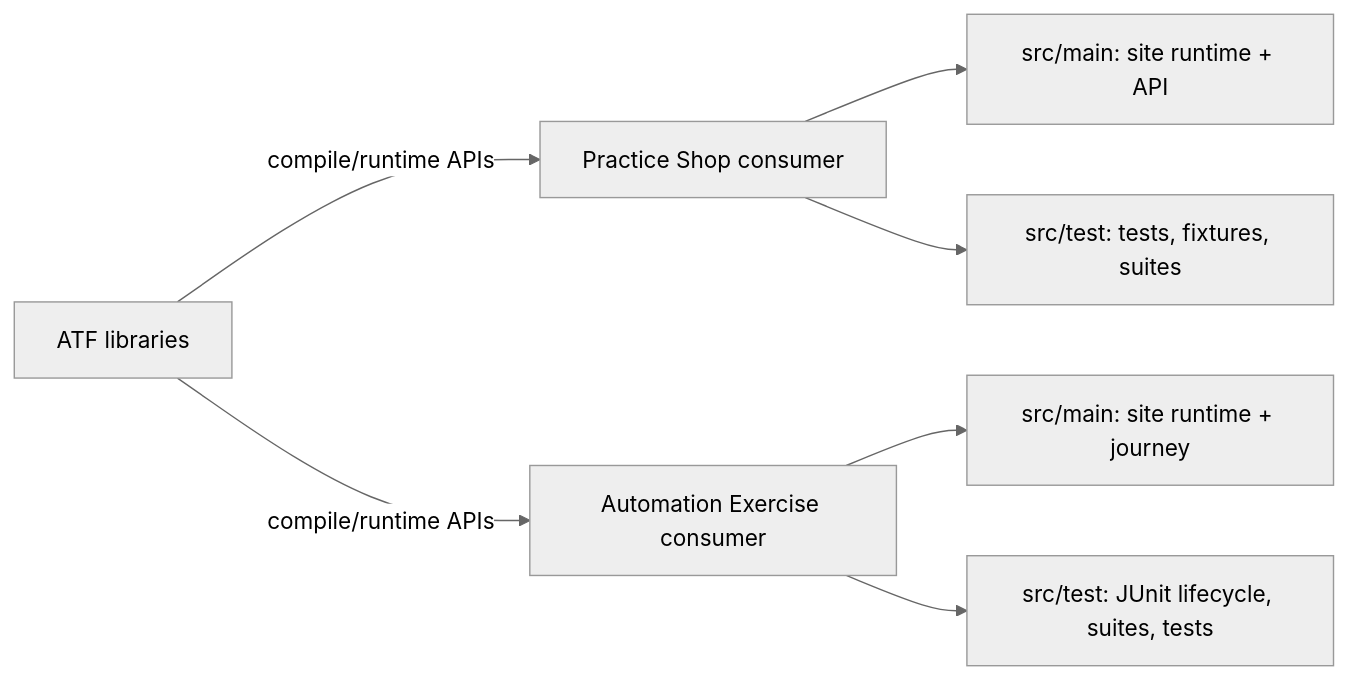
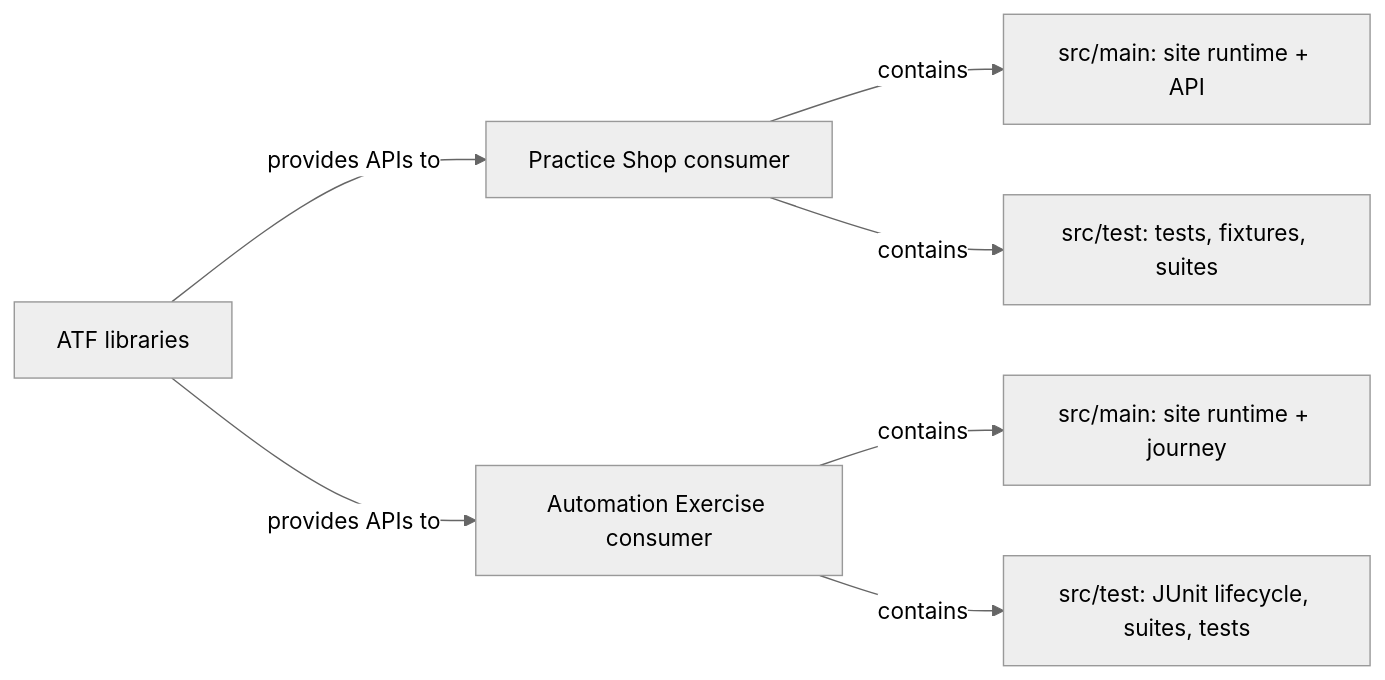
The diagram in docs/feedback/ATF_Consumer_Test_Architecture_Feedback.md (crististefanita/demo2), drawn with Mermaid (neutral theme) before and after one commit. The commit also changed other lines of this file and 19 other files, not shown here.

````diff
--- a/docs/feedback/ATF_Consumer_Test_Architecture_Feedback.md
+++ b/docs/feedback/ATF_Consumer_Test_Architecture_Feedback.md
@@ -10,9 +10,9 @@
 ```mermaid
 flowchart LR
-    ATF[ATF libraries] -->|compile/runtime APIs| Shop[Practice Shop consumer]
-    ATF -->|compile/runtime APIs| AutoEx[Automation Exercise consumer]
-    Shop --> ShopMain[src/main: site runtime + API]
-    Shop --> ShopTest[src/test: tests, fixtures, suites]
-    AutoEx --> AutoExMain[src/main: site runtime + journey]
-    AutoEx --> AutoExTest[src/test: JUnit lifecycle, suites, tests]
+    ATF[ATF libraries] -->|provides APIs to| Shop[Practice Shop consumer]
+    ATF -->|provides APIs to| AutoEx[Automation Exercise consumer]
+    Shop -->|contains| ShopMain[src/main: site runtime + API]
+    Shop -->|contains| ShopTest[src/test: tests, fixtures, suites]
+    AutoEx -->|contains| AutoExMain[src/main: site runtime + journey]
+    AutoEx -->|contains| AutoExTest[src/test: JUnit lifecycle, suites, tests]
 ```
````
